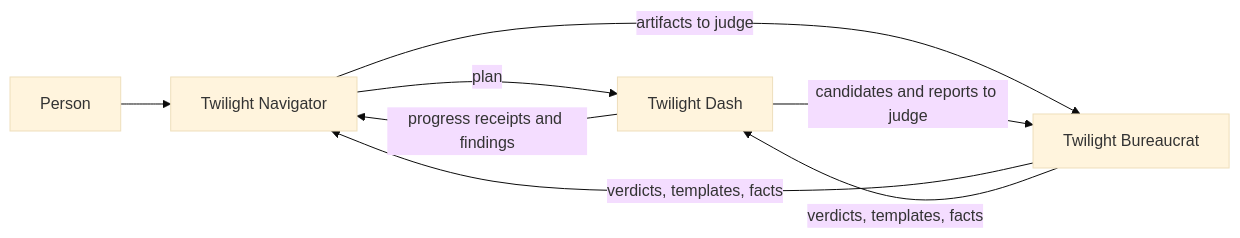
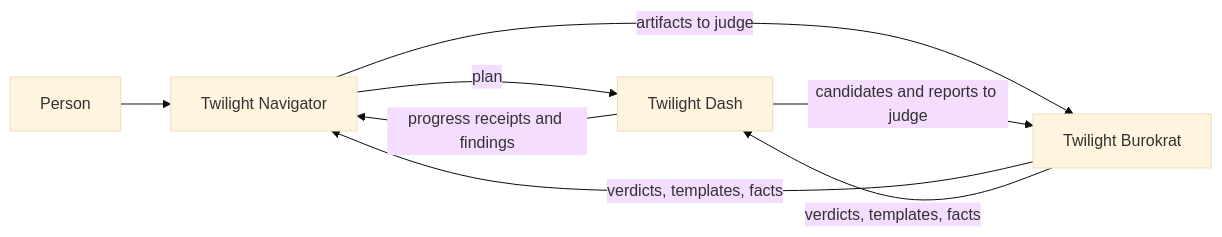
Before and after one commit to Prosperous-Unification/puni-00: the diagram in docs/twilight-structure/names.md, drawn with Mermaid (base theme). The commit also changed other lines of this file and 198 other files, not shown here.

First line of the commit message:
refactor: rename Twilight Bureaucrat to Twilight Burokrat

````diff
--- a/docs/twilight-structure/names.md
+++ b/docs/twilight-structure/names.md
@@ -76,10 +76,10 @@
 ```mermaid
 flowchart LR
   Person --> Navigator[Twilight Navigator]
   Navigator -- plan --> Dash[Twilight Dash]
   Dash -- progress receipts and findings --> Navigator
-  Navigator -- artifacts to judge --> Bureaucrat[Twilight Bureaucrat]
-  Dash -- candidates and reports to judge --> Bureaucrat
-  Bureaucrat -- verdicts, templates, facts --> Navigator
-  Bureaucrat -- verdicts, templates, facts --> Dash
+  Navigator -- artifacts to judge --> Burokrat[Twilight Burokrat]
+  Dash -- candidates and reports to judge --> Burokrat
+  Burokrat -- verdicts, templates, facts --> Navigator
+  Burokrat -- verdicts, templates, facts --> Dash
 ```
````
